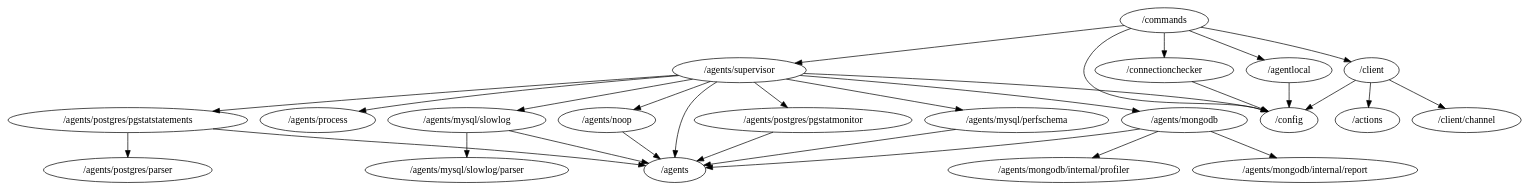
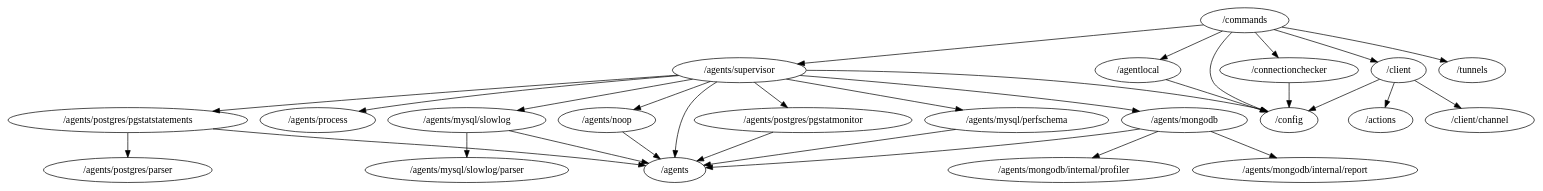
One commit to percona/pmm-agent changed the diagram in packages.dot. Above: the diagram before and after it, drawn with Graphviz. The commit also changed 15 other files, not shown here.

```diff
--- a/packages.dot
+++ b/packages.dot
@@ -1,31 +1,32 @@
 digraph packages {
 	"/agentlocal" -> "/config";
 	"/agents/mongodb" -> "/agents";
 	"/agents/mongodb" -> "/agents/mongodb/internal/profiler";
 	"/agents/mongodb" -> "/agents/mongodb/internal/report";
 	"/agents/mysql/perfschema" -> "/agents";
 	"/agents/mysql/slowlog" -> "/agents";
 	"/agents/mysql/slowlog" -> "/agents/mysql/slowlog/parser";
 	"/agents/noop" -> "/agents";
 	"/agents/postgres/pgstatmonitor" -> "/agents";
 	"/agents/postgres/pgstatstatements" -> "/agents";
 	"/agents/postgres/pgstatstatements" -> "/agents/postgres/parser";
 	"/agents/supervisor" -> "/agents";
 	"/agents/supervisor" -> "/agents/mongodb";
 	"/agents/supervisor" -> "/agents/mysql/perfschema";
 	"/agents/supervisor" -> "/agents/mysql/slowlog";
 	"/agents/supervisor" -> "/agents/noop";
 	"/agents/supervisor" -> "/agents/postgres/pgstatmonitor";
 	"/agents/supervisor" -> "/agents/postgres/pgstatstatements";
 	"/agents/supervisor" -> "/agents/process";
 	"/agents/supervisor" -> "/config";
 	"/client" -> "/actions";
 	"/client" -> "/client/channel";
 	"/client" -> "/config";
 	"/commands" -> "/agentlocal";
 	"/commands" -> "/agents/supervisor";
 	"/commands" -> "/client";
 	"/commands" -> "/config";
 	"/commands" -> "/connectionchecker";
+	"/commands" -> "/tunnels";
 	"/connectionchecker" -> "/config";
 }
```
